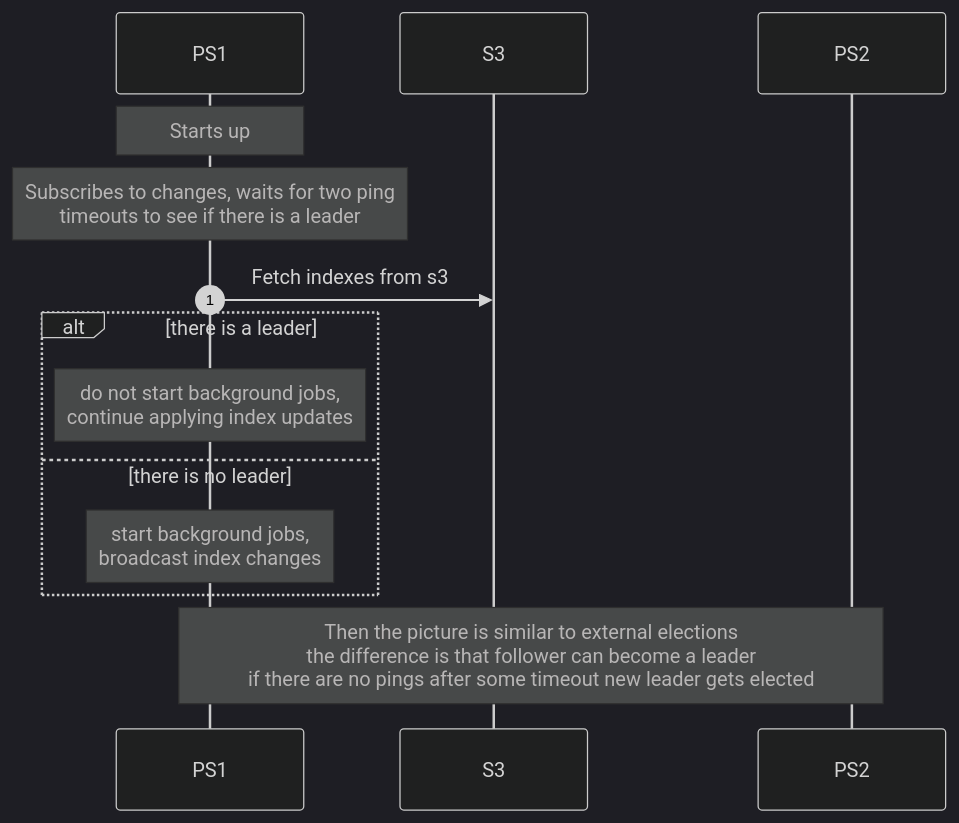
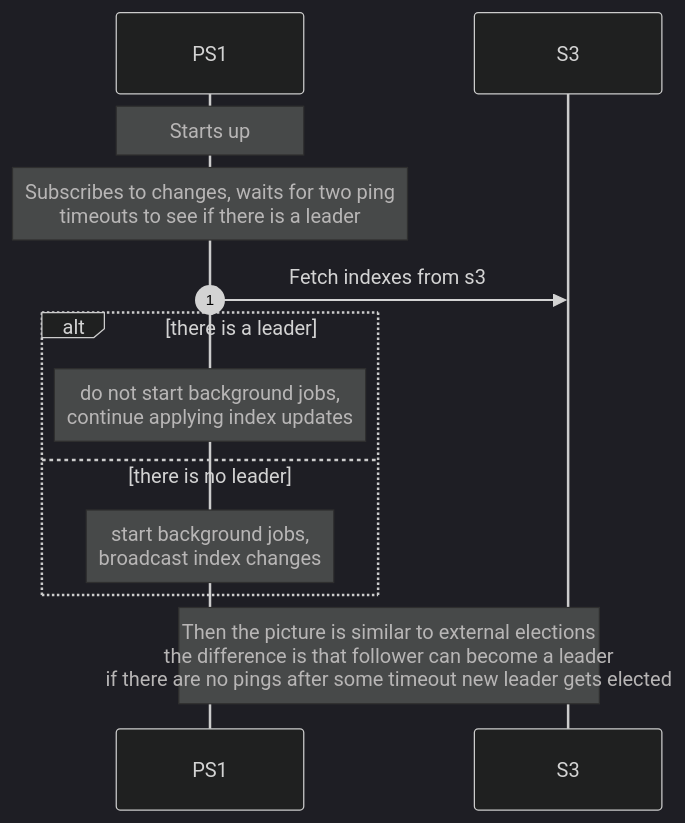
The third of 3 diagrams in docs/rfcs/020-pageserver-s3-coordination.md (neondatabase/neon), drawn with Mermaid (dark theme) before and after one commit. The commit also changed other lines of this file, not shown here.

Commit message:
fix style if possible (cannot really split long lines in mermaid)

````diff
--- a/docs/rfcs/020-pageserver-s3-coordination.md
+++ b/docs/rfcs/020-pageserver-s3-coordination.md
@@ -124,18 +185,17 @@
 ```mermaid
 sequenceDiagram
     autonumber
     participant PS1
     participant S3
-    participant PS2
 
     note over PS1: Starts up
     note over PS1: Subscribes to changes, waits for two ping <br> timeouts to see if there is a leader
     PS1->>S3: Fetch indexes from s3
     alt there is a leader
         note over PS1: do not start background jobs, <br> continue applying index updates
     else there is no leader
         note over PS1: start background jobs, <br> broadcast index changes
     end
 
-    note over PS1,PS2: Then the picture is similar to external elections <br> the difference is that follower can become a leader <br> if there are no pings after some timeout new leader gets elected
+    note over PS1,S3: Then the picture is similar to external elections <br> the difference is that follower can become a leader <br> if there are no pings after some timeout new leader gets elected
 ```
````
